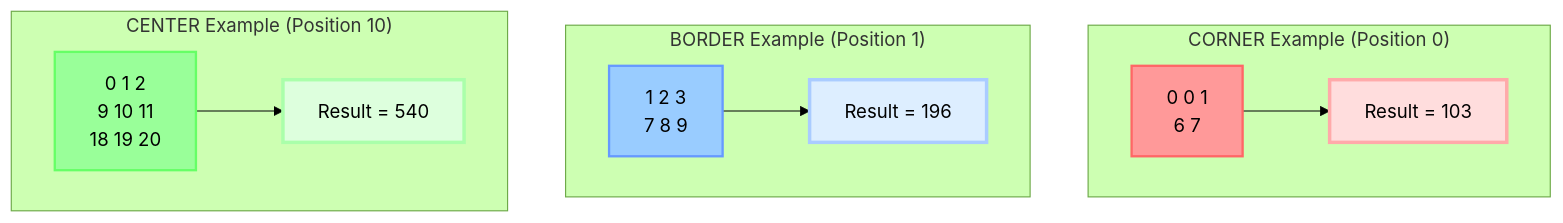
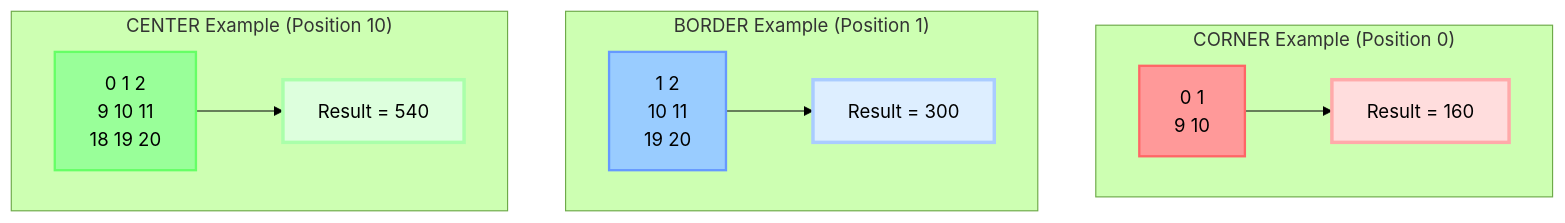
One commit to jalcim/logilib changed the seventh of 12 diagrams in src/tensor/README.md. Above: the diagram before and after it, drawn with Mermaid (forest theme). The commit also changed other lines of this file and 1 other file, not shown here.

````diff
--- a/src/tensor/README.md
+++ b/src/tensor/README.md
@@ -119,31 +125,31 @@
 ```mermaid
 graph TD
     subgraph "CORNER Example (Position 0)"
-        A1[0 0 1<br/>6 7] --> C1[Result = 103]
+        A1[0 1<br/>9 10] --> C1[Result = 160]
     end
 
     subgraph "BORDER Example (Position 1)"
-        A2[1 2 3<br/>7 8 9] --> C2[Result = 196]
+        A2[1 2<br/>10 11<br/>19 20] --> C2[Result = 300]
     end
 
     subgraph "CENTER Example (Position 10)"
         A3[0 1 2<br/>9 10 11<br/>18 19 20] --> C3[Result = 540]
     end
 
     classDef cornerData fill:#ff9999,stroke:#ff6666,stroke-width:2px,color:#000
     classDef borderData fill:#99ccff,stroke:#6699ff,stroke-width:2px,color:#000
     classDef centerData fill:#99ff99,stroke:#66ff66,stroke-width:2px,color:#000
 
     classDef cornerResult fill:#ffdddd,stroke:#ffaaaa,stroke-width:3px,color:#000
     classDef borderResult fill:#ddeeff,stroke:#aaccff,stroke-width:3px,color:#000
     classDef centerResult fill:#ddffdd,stroke:#aaffaa,stroke-width:3px,color:#000
 
     class A1 cornerData
     class A2 borderData
     class A3 centerData
 
     class C1 cornerResult
     class C2 borderResult
     class C3 centerResult
 
 ```
````
